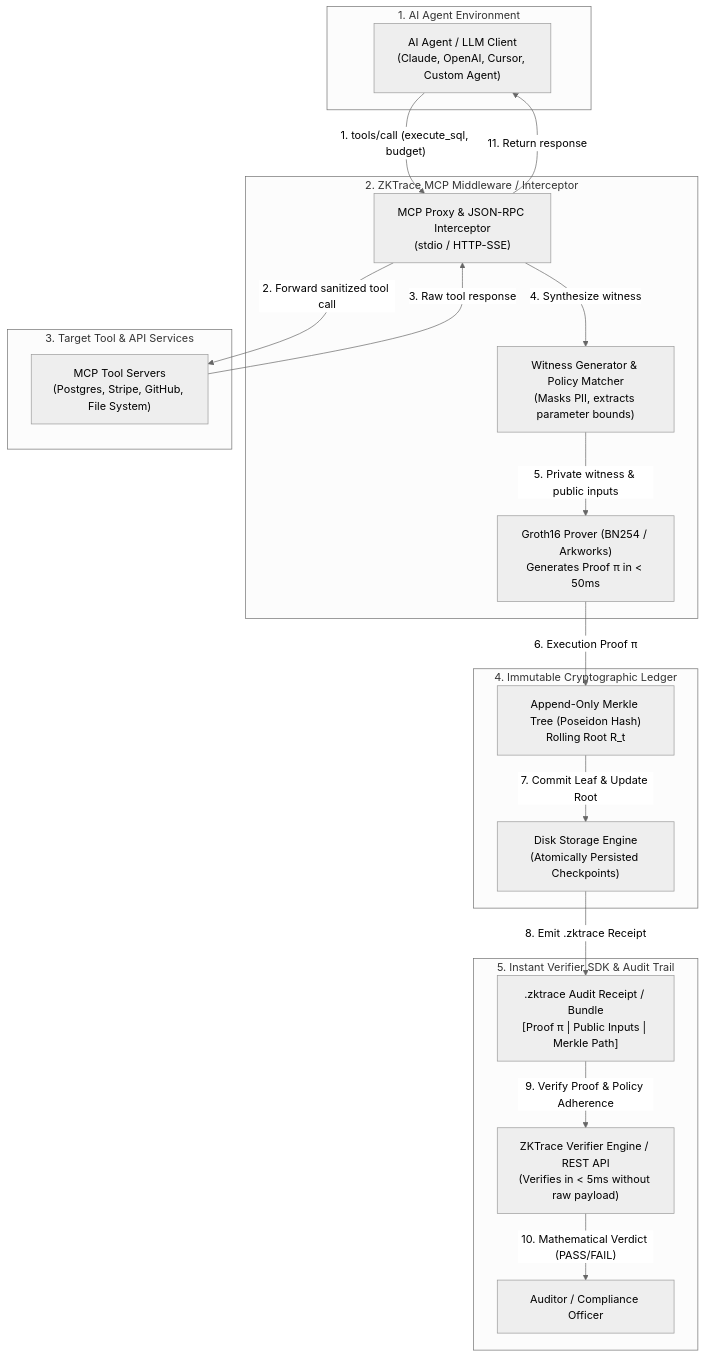
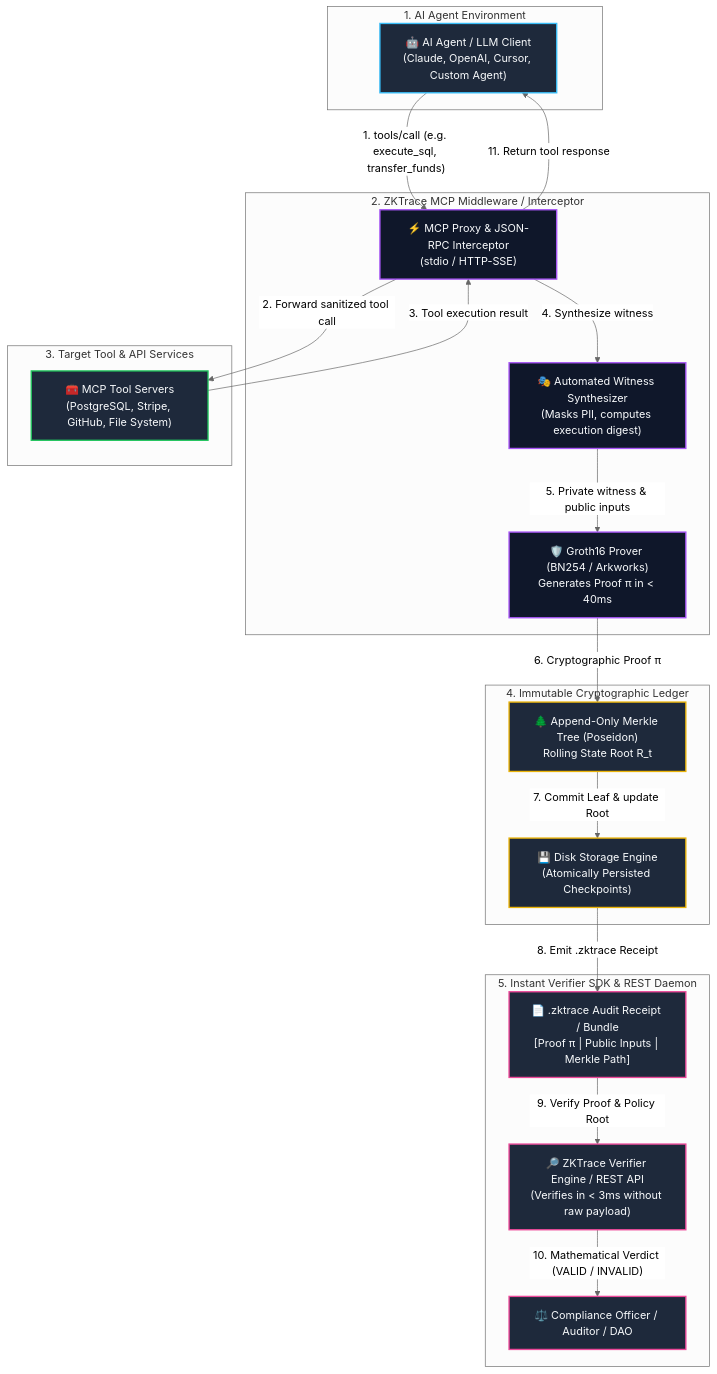
One commit to MuhammetEmirErkut/zk-trace changed the diagram in README.md. Above: the diagram before and after it, drawn with Mermaid (neutral theme). The commit also changed other lines of this file, not shown here.

Commit message:
docs(readme): polish README with centered branding, visual architecture diagrams and feature tables

````diff
--- a/README.md
+++ b/README.md
@@ -27,39 +51,46 @@
 ```mermaid
 flowchart TB
+    %% Styling
+    classDef client fill:#1e293b,stroke:#38bdf8,stroke-width:2px,color:#f8fafc;
+    classDef proxy fill:#0f172a,stroke:#a855f7,stroke-width:2px,color:#f8fafc;
+    classDef tool fill:#1e293b,stroke:#22c55e,stroke-width:2px,color:#f8fafc;
+    classDef ledger fill:#1e293b,stroke:#eab308,stroke-width:2px,color:#f8fafc;
+    classDef audit fill:#1e293b,stroke:#ec4899,stroke-width:2px,color:#f8fafc;
+
     subgraph ClientLayer["1. AI Agent Environment"]
-        LLM["AI Agent / LLM Client\n(Claude, OpenAI, Cursor, Custom Agent)"]
+        LLM["🤖 AI Agent / LLM Client\n(Claude, OpenAI, Cursor, Custom Agent)"]:::client
     end
 
     subgraph ZKTraceProxy["2. ZKTrace MCP Middleware / Interceptor"]
-        MCP_Proxy["MCP Proxy & JSON-RPC Interceptor\n(stdio / HTTP-SSE)"]
-        WitnessGen["Witness Generator & Policy Matcher\n(Masks PII, extracts parameter bounds)"]
-        ZKProver["Groth16 Prover (BN254 / Arkworks)\nGenerates Proof π in < 50ms"]
+        MCP_Proxy["⚡ MCP Proxy & JSON-RPC Interceptor\n(stdio / HTTP-SSE)"]:::proxy
+        WitnessGen["🎭 Automated Witness Synthesizer\n(Masks PII, computes execution digest)"]:::proxy
+        ZKProver["🛡️ Groth16 Prover (BN254 / Arkworks)\nGenerates Proof π in < 40ms"]:::proxy
     end
 
     subgraph ToolLayer["3. Target Tool & API Services"]
-        MCP_Tools["MCP Tool Servers\n(Postgres, Stripe, GitHub, File System)"]
+        MCP_Tools["🧰 MCP Tool Servers\n(PostgreSQL, Stripe, GitHub, File System)"]:::tool
     end
 
     subgraph LedgerLayer["4. Immutable Cryptographic Ledger"]
-        MerkleLedger["Append-Only Merkle Tree (Poseidon Hash)\nRolling Root R_t"]
-        StorageEngine["Disk Storage Engine\n(Atomically Persisted Checkpoints)"]
+        MerkleLedger["🌲 Append-Only Merkle Tree (Poseidon)\nRolling State Root R_t"]:::ledger
+        StorageEngine["💾 Disk Storage Engine\n(Atomically Persisted Checkpoints)"]:::ledger
     end
 
-    subgraph AuditorLayer["5. Instant Verifier SDK & Audit Trail"]
-        AuditReceipt[".zktrace Audit Receipt / Bundle\n[Proof π | Public Inputs | Merkle Path]"]
-        VerifierEngine["ZKTrace Verifier Engine / REST API\n(Verifies in < 5ms without raw payload)"]
-        Auditor["Auditor / Compliance Officer"]
+    subgraph AuditorLayer["5. Instant Verifier SDK & REST Daemon"]
+        AuditReceipt["📄 .zktrace Audit Receipt / Bundle\n[Proof π | Public Inputs | Merkle Path]"]:::audit
+        VerifierEngine["🔎 ZKTrace Verifier Engine / REST API\n(Verifies in < 3ms without raw payload)"]:::audit
+        Auditor["⚖️ Compliance Officer / Auditor / DAO"]:::audit
     end
 
-    LLM -->|"1. tools/call (execute_sql, budget)"| MCP_Proxy
+    LLM -->|"1. tools/call (e.g. execute_sql, transfer_funds)"| MCP_Proxy
     MCP_Proxy -->|"2. Forward sanitized tool call"| MCP_Tools
-    MCP_Tools -->|"3. Raw tool response"| MCP_Proxy
+    MCP_Tools -->|"3. Tool execution result"| MCP_Proxy
     MCP_Proxy -->|"4. Synthesize witness"| WitnessGen
     WitnessGen -->|"5. Private witness & public inputs"| ZKProver
-    ZKProver -->|"6. Execution Proof π"| MerkleLedger
-    MerkleLedger -->|"7. Commit Leaf & Update Root"| StorageEngine
+    ZKProver -->|"6. Cryptographic Proof π"| MerkleLedger
+    MerkleLedger -->|"7. Commit Leaf & update Root"| StorageEngine
     StorageEngine -->|"8. Emit .zktrace Receipt"| AuditReceipt
-    AuditReceipt -->|"9. Verify Proof & Policy Adherence"| VerifierEngine
-    VerifierEngine -->|"10. Mathematical Verdict (PASS/FAIL)"| Auditor
-    MCP_Proxy -->|"11. Return response"| LLM
+    AuditReceipt -->|"9. Verify Proof & Policy Root"| VerifierEngine
+    VerifierEngine -->|"10. Mathematical Verdict (VALID / INVALID)"| Auditor
+    MCP_Proxy -->|"11. Return tool response"| LLM
 ```
````
